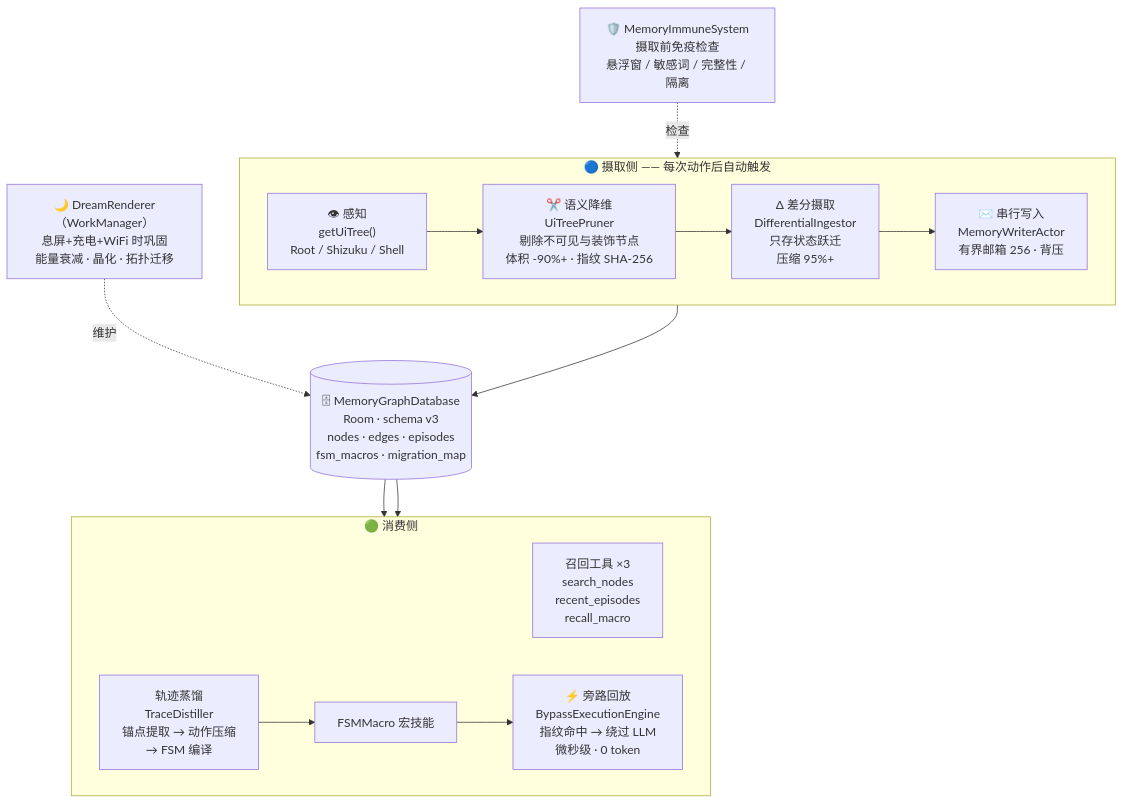
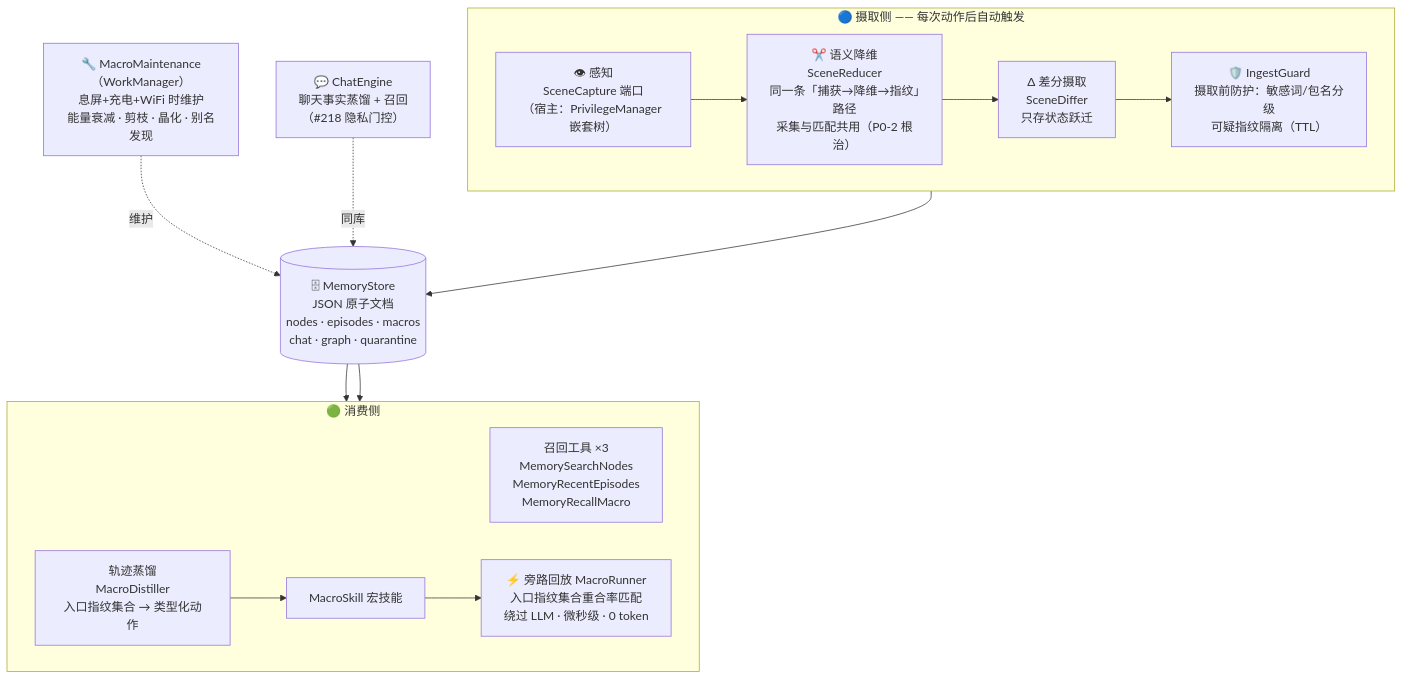
One commit to Ultra-Guru/Android-Guru-Agent changed the second of 4 diagrams in README.md. Above: the diagram before and after it, drawn with Mermaid. The commit also changed other lines of this file and 75 other files, not shown here.

````diff
--- a/README.md
+++ b/README.md
@@ -355,28 +359,28 @@
 ```mermaid
 flowchart TB
     subgraph INGEST["🔵 摄取侧 —— 每次动作后自动触发"]
         direction LR
-        A["👁 感知<br/>getUiTree()<br/>Root / Shizuku / Shell"]
-        B["✂️ 语义降维<br/>UiTreePruner<br/>剔除不可见与装饰节点<br/>体积 -90%+ · 指纹 SHA-256"]
-        C["Δ 差分摄取<br/>DifferentialIngestor<br/>只存状态跃迁<br/>压缩 95%+"]
-        D["✉️ 串行写入<br/>MemoryWriterActor<br/>有界邮箱 256 · 背压"]
-        A --> B --> C --> D
+        A["👁 感知<br/>SceneCapture 端口<br/>（宿主：PrivilegeManager 嵌套树）"]
+        B["✂️ 语义降维<br/>SceneReducer<br/>同一条「捕获→降维→指纹」路径<br/>采集与匹配共用（P0-2 根治）"]
+        C["Δ 差分摄取<br/>SceneDiffer<br/>只存状态跃迁"]
+        G["🛡️ IngestGuard<br/>摄取前防护：敏感词/包名分级<br/>可疑指纹隔离（TTL）"]
+        A --> B --> C --> G
     end
 
-    E[("🗄 MemoryGraphDatabase<br/>Room · schema v3<br/>nodes · edges · episodes<br/>fsm_macros · migration_map")]
-    D --> E
+    E[("🗄 MemoryStore<br/>JSON 原子文档<br/>nodes · episodes · macros<br/>chat · graph · quarantine")]
+    G --> E
 
     subgraph CONSUME["🟢 消费侧"]
         direction LR
-        R1["召回工具 ×3<br/>search_nodes<br/>recent_episodes<br/>recall_macro"]
-        R2["轨迹蒸馏<br/>TraceDistiller<br/>锚点提取 → 动作压缩<br/>→ FSM 编译"]
-        R2 --> M["FSMMacro 宏技能"]
-        M --> BY["⚡ 旁路回放<br/>BypassExecutionEngine<br/>指纹命中 → 绕过 LLM<br/>微秒级 · 0 token"]
+        R1["召回工具 ×3<br/>MemorySearchNodes<br/>MemoryRecentEpisodes<br/>MemoryRecallMacro"]
+        R2["轨迹蒸馏<br/>MacroDistiller<br/>入口指纹集合 → 类型化动作"]
+        R2 --> M["MacroSkill 宏技能"]
+        M --> BY["⚡ 旁路回放 MacroRunner<br/>入口指纹集合重合率匹配<br/>绕过 LLM · 微秒级 · 0 token"]
     end
 
     E --> R1
     E --> R2
 
-    IMM["🛡️ MemoryImmuneSystem<br/>摄取前免疫检查<br/>悬浮窗 / 敏感词 / 完整性 / 隔离"] -.检查.-> INGEST
-    DR["🌙 DreamRenderer（WorkManager）<br/>息屏+充电+WiFi 时巩固<br/>能量衰减 · 晶化 · 拓扑迁移"] -.维护.-> E
+    MT["🔧 MacroMaintenance（WorkManager）<br/>息屏+充电+WiFi 时维护<br/>能量衰减 · 剪枝 · 晶化 · 别名发现"] -.维护.-> E
+    CH["💬 ChatEngine<br/>聊天事实蒸馏 + 召回<br/>（#218 隐私门控）"] -.同库.-> E
 ```
````
